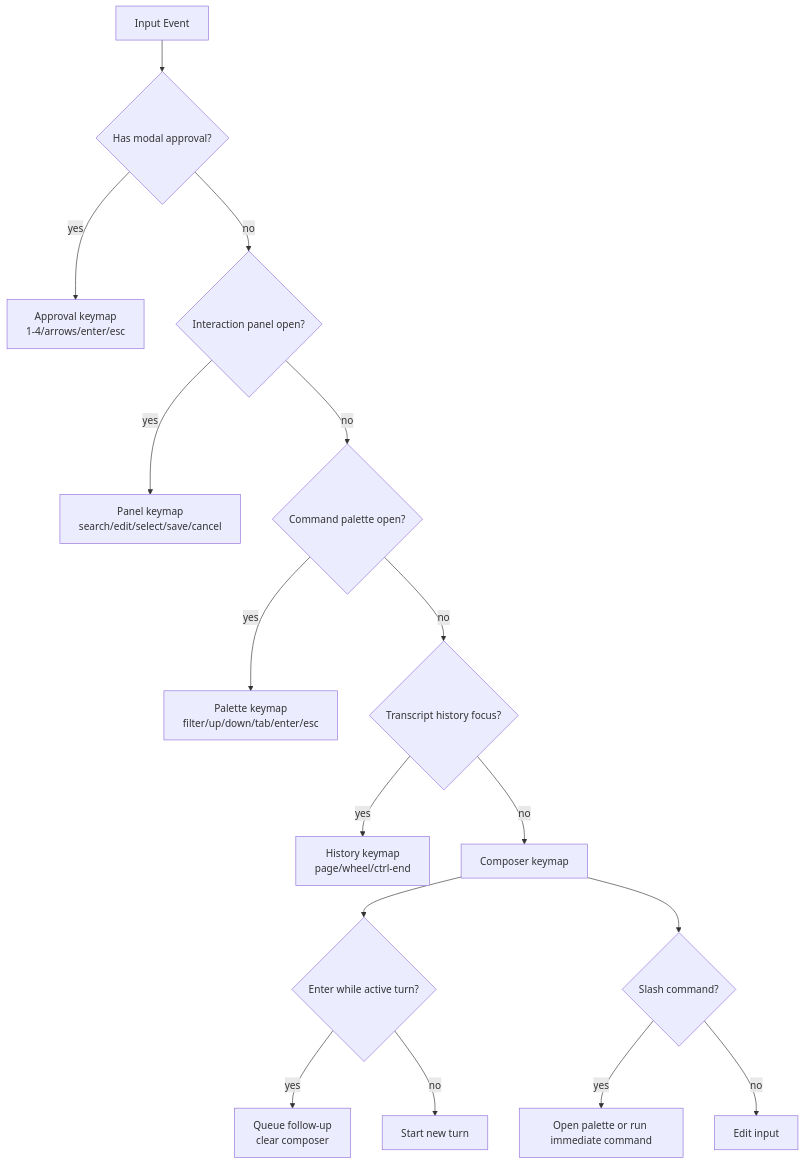
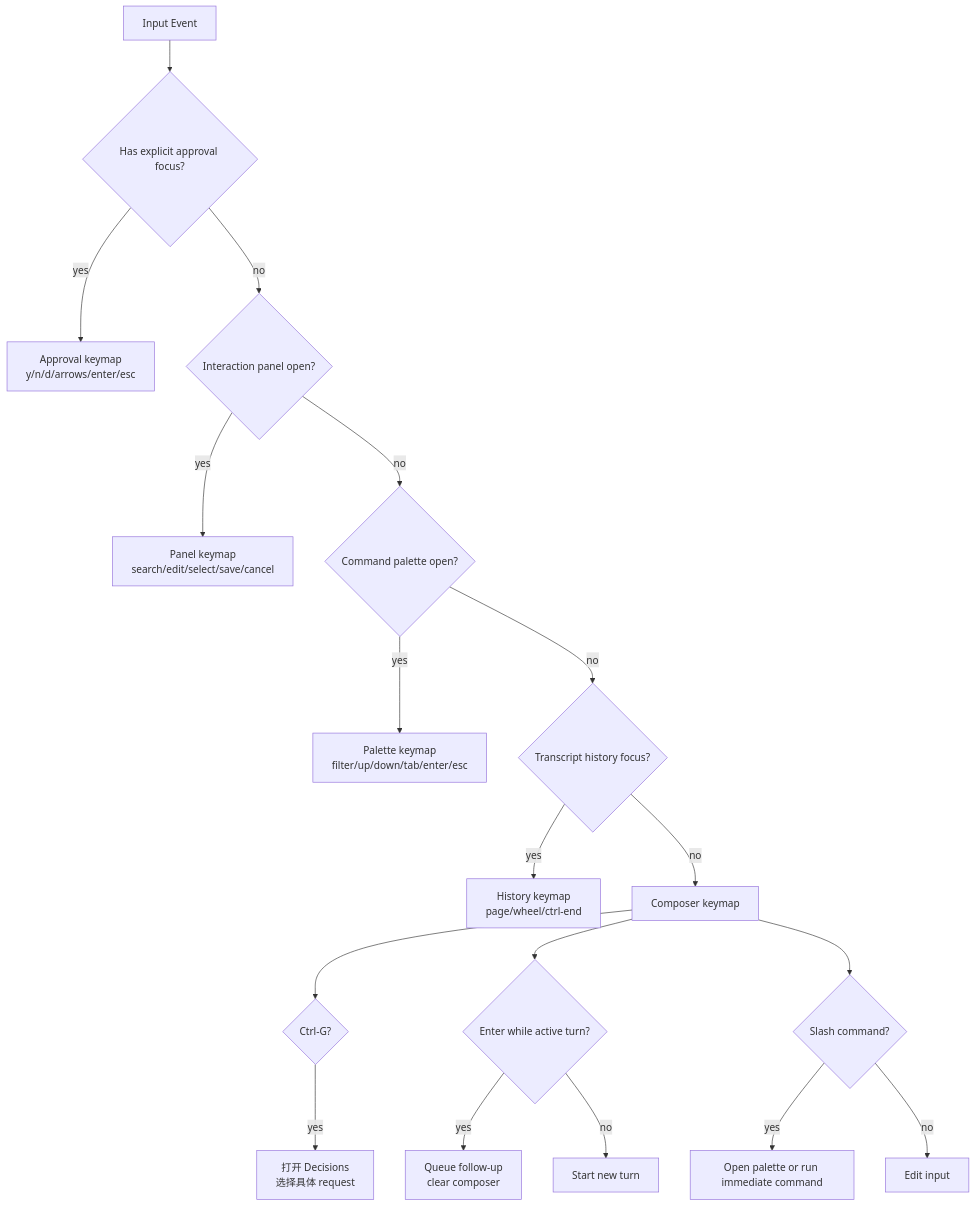
Before and after one commit to wikieden/robocode: the third of 10 diagrams in docs/tui-interaction-flow-design.zh-CN.md, drawn with Mermaid. The commit also changed other lines of this file and 3 other files, not shown here.

Commit message:
docs(tui): align explicit approval guidance

````diff
--- a/docs/tui-interaction-flow-design.zh-CN.md
+++ b/docs/tui-interaction-flow-design.zh-CN.md
@@ -112,19 +117,21 @@
 ```mermaid
 flowchart TD
-    A["Input Event"] --> B{"Has modal approval?"}
-    B -->|yes| C["Approval keymap<br/>1-4/arrows/enter/esc"]
+    A["Input Event"] --> B{"Has explicit approval focus?"}
+    B -->|yes| C["Approval keymap<br/>y/n/d/arrows/enter/esc"]
     B -->|no| D{"Interaction panel open?"}
     D -->|yes| E["Panel keymap<br/>search/edit/select/save/cancel"]
     D -->|no| F{"Command palette open?"}
     F -->|yes| G["Palette keymap<br/>filter/up/down/tab/enter/esc"]
     F -->|no| H{"Transcript history focus?"}
     H -->|yes| I["History keymap<br/>page/wheel/ctrl-end"]
     H -->|no| J["Composer keymap"]
 
+    J --> Q{"Ctrl-G?"}
+    Q -->|yes| R["打开 Decisions<br/>选择具体 request"]
     J --> K{"Enter while active turn?"}
     K -->|yes| L["Queue follow-up<br/>clear composer"]
     K -->|no| M["Start new turn"]
     J --> N{"Slash command?"}
     N -->|yes| O["Open palette or run immediate command"]
     N -->|no| P["Edit input"]
 ```
````
